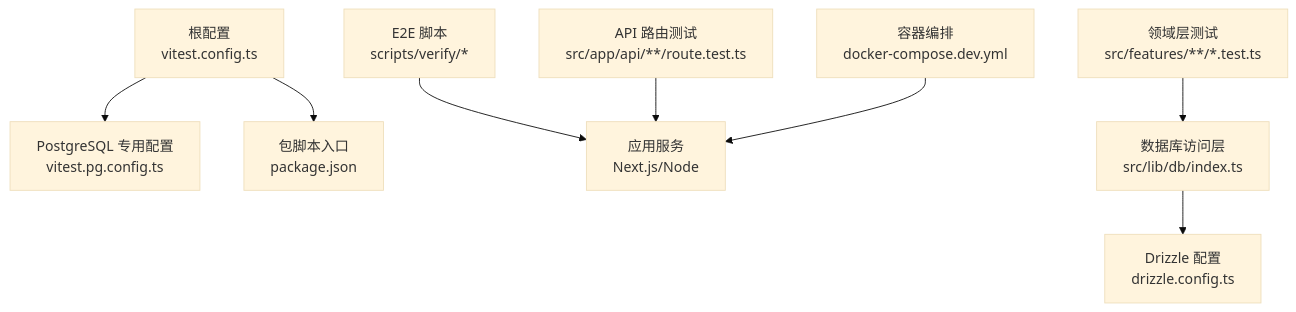
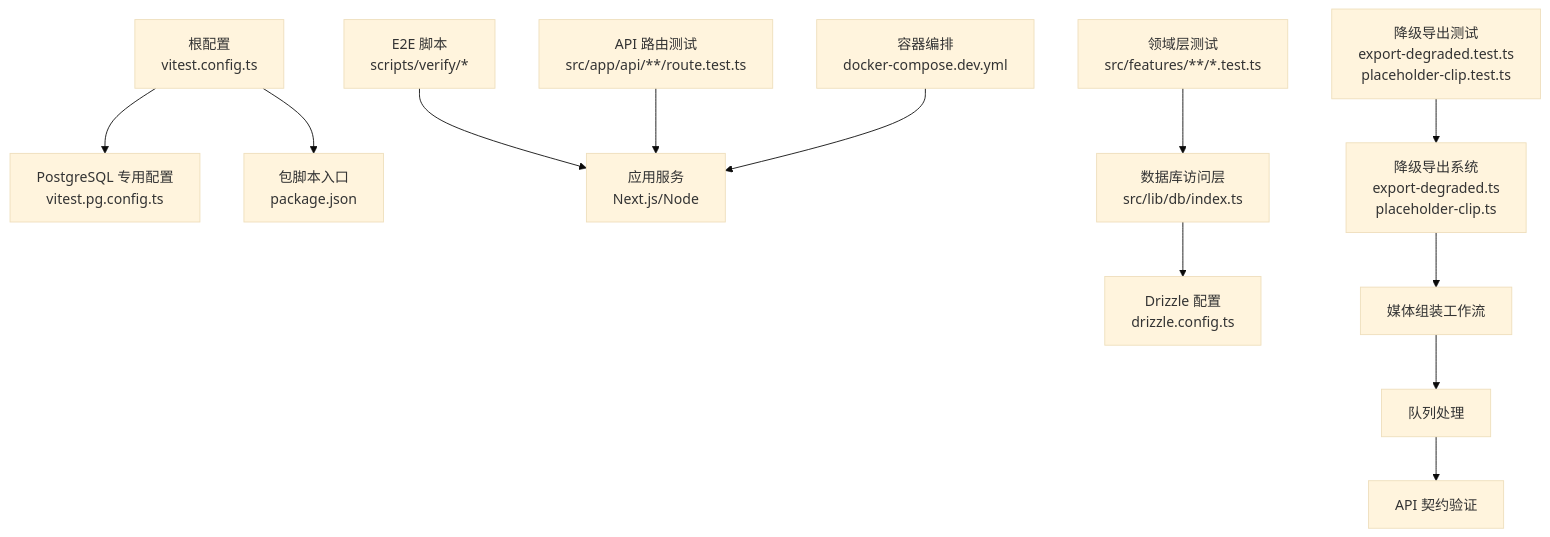
Before and after one commit to scottcwy/PurpleInk: the first of 8 diagrams in .qoder/repowiki/zh/content/测试策略/测试策略.md, drawn with Mermaid (base theme). The commit also changed other lines of this file and 109 other files, not shown here.

````diff
--- a/.qoder/repowiki/zh/content/测试策略/测试策略.md
+++ b/.qoder/repowiki/zh/content/测试策略/测试策略.md
@@ -58,10 +71,14 @@
 ```mermaid
 graph TB
 A["根配置<br/>vitest.config.ts"] --> B["PostgreSQL 专用配置<br/>vitest.pg.config.ts"]
 A --> C["包脚本入口<br/>package.json"]
 D["E2E 脚本<br/>scripts/verify/*"] --> E["应用服务<br/>Next.js/Node"]
 F["API 路由测试<br/>src/app/api/**/route.test.ts"] --> E
 G["领域层测试<br/>src/features/**/*.test.ts"] --> H["数据库访问层<br/>src/lib/db/index.ts"]
 H --> I["Drizzle 配置<br/>drizzle.config.ts"]
 J["容器编排<br/>docker-compose.dev.yml"] --> E
+K["降级导出测试<br/>export-degraded.test.ts<br/>placeholder-clip.test.ts"] --> L["降级导出系统<br/>export-degraded.ts<br/>placeholder-clip.ts"]
+L --> M["媒体组装工作流"]
+M --> N["队列处理"]
+N --> O["API 契约验证"]
 ```
````
